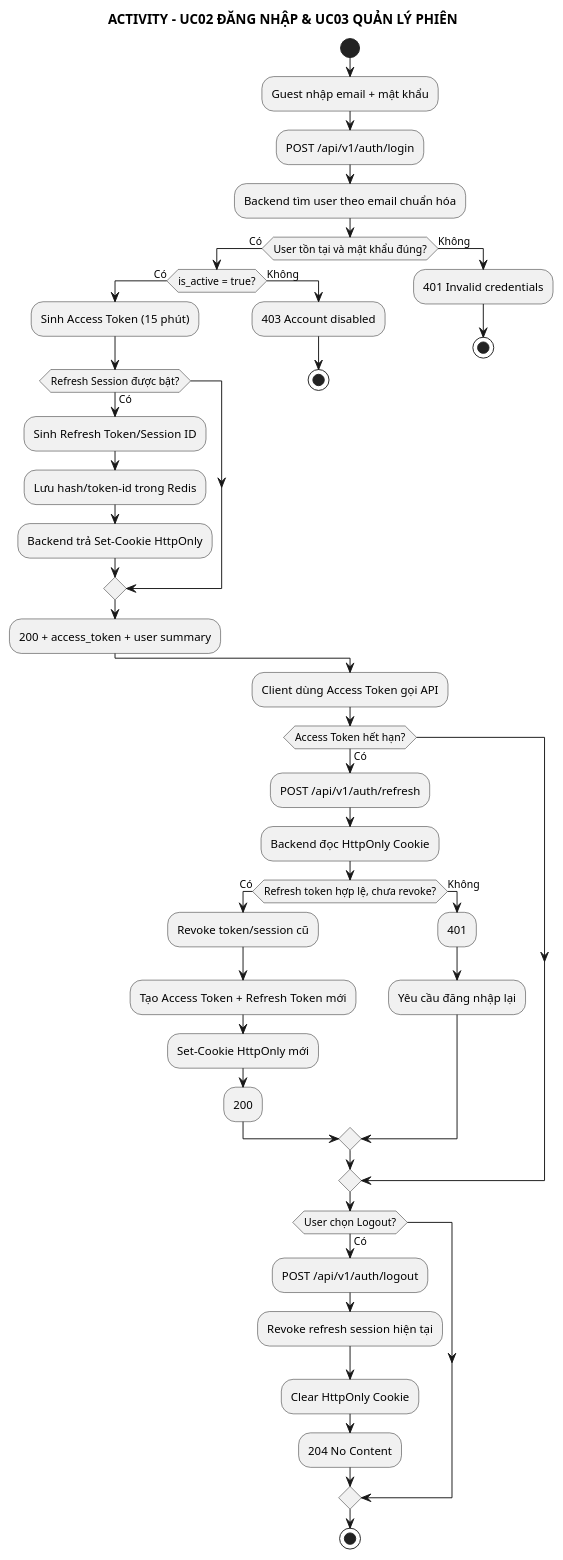
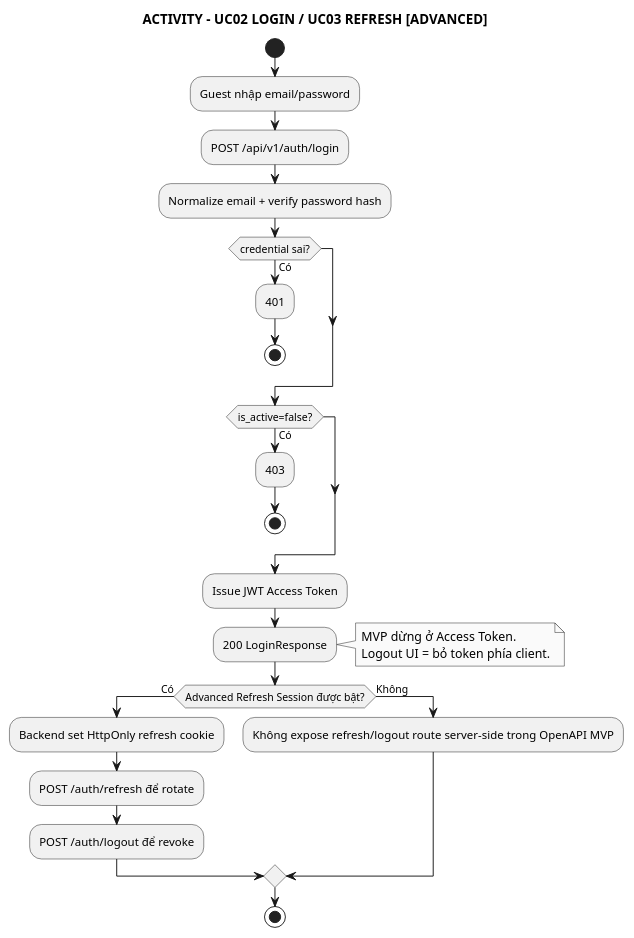
One commit to anh632k-ui/WebCVUngVienTuyenDung changed the diagram in docs/03_activity/act_uc02_03_login_session.puml. Above: the diagram before and after it, drawn with PlantUML.

Commit message:
docs(activity): separate MVP login from advanced refresh session

```diff
--- a/docs/03_activity/act_uc02_03_login_session.puml
+++ b/docs/03_activity/act_uc02_03_login_session.puml
@@ -1,52 +1,34 @@
 @startuml
 skinparam monochrome true
 skinparam shadowing false
-
-title ACTIVITY - UC02 ĐĂNG NHẬP & UC03 QUẢN LÝ PHIÊN
+title ACTIVITY - UC02 LOGIN / UC03 REFRESH [ADVANCED]
 
 start
-:Guest nhập email + mật khẩu;
+:Guest nhập email/password;
 :POST /api/v1/auth/login;
-:Backend tìm user theo email chuẩn hóa;
-if (User tồn tại và mật khẩu đúng?) then (Có)
-  if (is_active = true?) then (Có)
-    :Sinh Access Token (15 phút);
-    if (Refresh Session được bật?) then (Có)
-      :Sinh Refresh Token/Session ID;
-      :Lưu hash/token-id trong Redis;
-      :Backend trả Set-Cookie HttpOnly;
-    endif
-    :200 + access_token + user summary;
-  else (Không)
-    :403 Account disabled;
-    stop
-  endif
-else (Không)
-  :401 Invalid credentials;
+:Normalize email + verify password hash;
+if (credential sai?) then (Có)
+  :401;
   stop
 endif
+if (is_active=false?) then (Có)
+  :403;
+  stop
+endif
+:Issue JWT Access Token;
+:200 LoginResponse;
 
-:Client dùng Access Token gọi API;
-if (Access Token hết hạn?) then (Có)
-  :POST /api/v1/auth/refresh;
-  :Backend đọc HttpOnly Cookie;
-  if (Refresh token hợp lệ, chưa revoke?) then (Có)
-    :Revoke token/session cũ;
-    :Tạo Access Token + Refresh Token mới;
-    :Set-Cookie HttpOnly mới;
-    :200;
-  else (Không)
-    :401;
-    :Yêu cầu đăng nhập lại;
-  endif
+note right
+MVP dừng ở Access Token.
+Logout UI = bỏ token phía client.
+end note
+
+if (Advanced Refresh Session được bật?) then (Có)
+  :Backend set HttpOnly refresh cookie;
+  :POST /auth/refresh để rotate;
+  :POST /auth/logout để revoke;
+else (Không)
+  :Không expose refresh/logout route server-side trong OpenAPI MVP;
 endif
-
-if (User chọn Logout?) then (Có)
-  :POST /api/v1/auth/logout;
-  :Revoke refresh session hiện tại;
-  :Clear HttpOnly Cookie;
-  :204 No Content;
-endif
-
 stop
 @enduml
```
